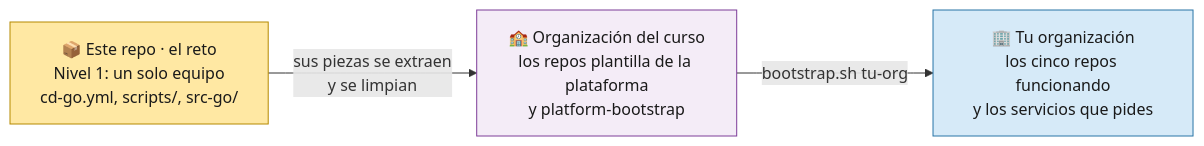
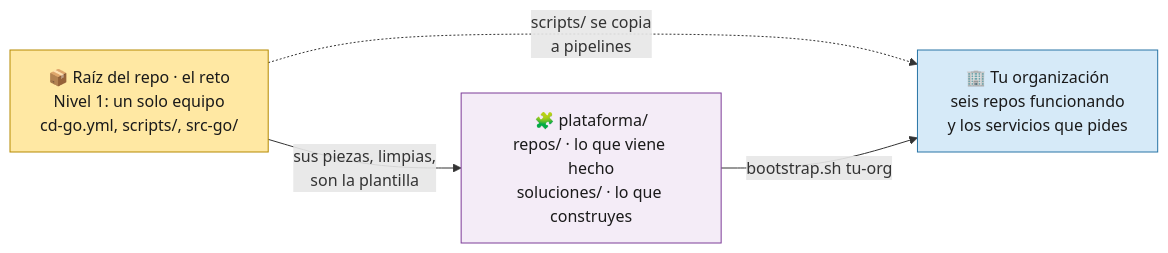
The fifth of 8 diagrams in doc/00-Ingenieria-de-Plataforma.md (yembertQC/Reto_Platform-Enginner_ED-Team), drawn with Mermaid before and after one commit. The commit also changed other lines of this file and 11 other files, not shown here.

````diff
--- a/doc/00-Ingenieria-de-Plataforma.md
+++ b/doc/00-Ingenieria-de-Plataforma.md
@@ -155,16 +155,17 @@
 ```mermaid
 flowchart LR
-    RETO["📦 Este repo · el reto<br/>Nivel 1: un solo equipo<br/>cd-go.yml, scripts/, src-go/"]
-    CURSO["🏫 Organización del curso<br/>los repos plantilla de la plataforma<br/>y platform-bootstrap"]
-    ORG["🏢 Tu organización<br/>los cinco repos funcionando<br/>y los servicios que pides"]
+    RETO["📦 Raíz del repo · el reto<br/>Nivel 1: un solo equipo<br/>cd-go.yml, scripts/, src-go/"]
+    PLANT["🧩 plataforma/<br/>repos/ · lo que viene hecho<br/>soluciones/ · lo que construyes"]
+    ORG["🏢 Tu organización<br/>seis repos funcionando<br/>y los servicios que pides"]
 
-    RETO -->|"sus piezas se extraen<br/>y se limpian"| CURSO
-    CURSO -->|"bootstrap.sh tu-org"| ORG
+    RETO -->|"sus piezas, limpias,<br/>son la plantilla"| PLANT
+    RETO -.->|"scripts/ se copia<br/>a pipelines"| ORG
+    PLANT -->|"bootstrap.sh tu-org"| ORG
 
     classDef repo fill:#FFE8A3,stroke:#B58900,color:#1a1a1a
     classDef tpl fill:#F4ECF7,stroke:#7D3C98,color:#1a1a1a
     classDef org fill:#D6EAF8,stroke:#2874A6,color:#1a1a1a
     class RETO repo
-    class CURSO tpl
+    class PLANT tpl
     class ORG org
 ```
````
